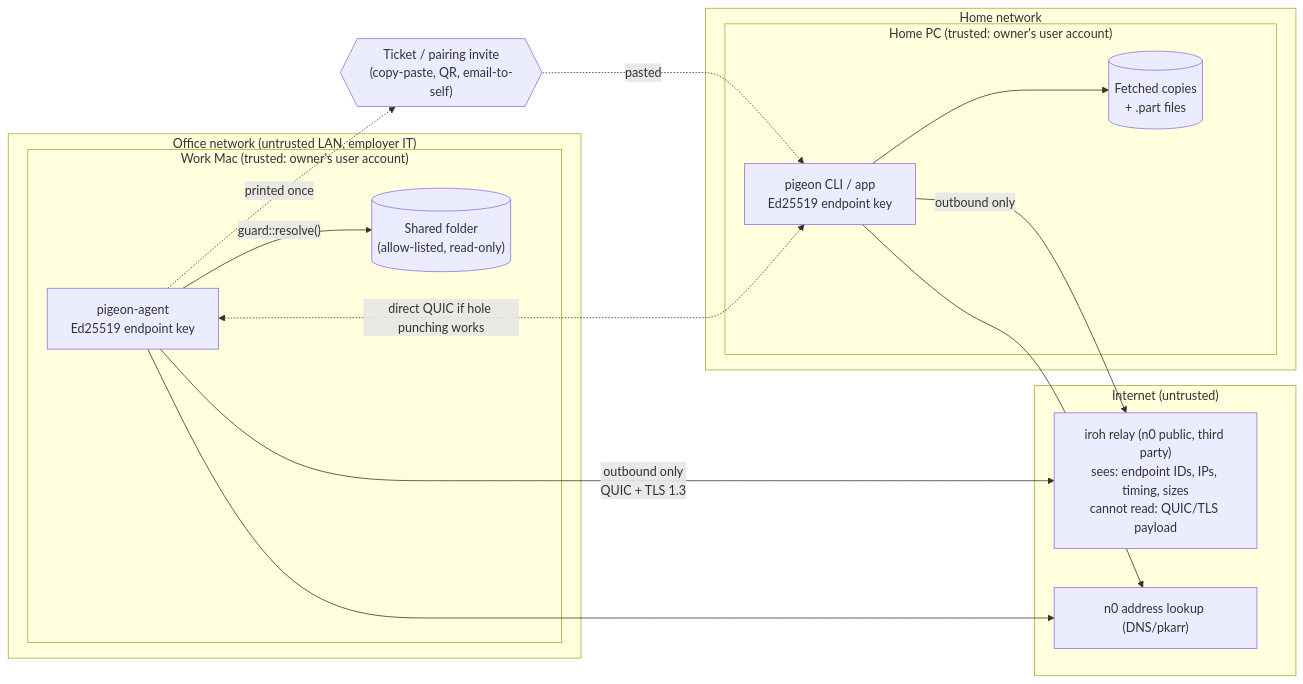
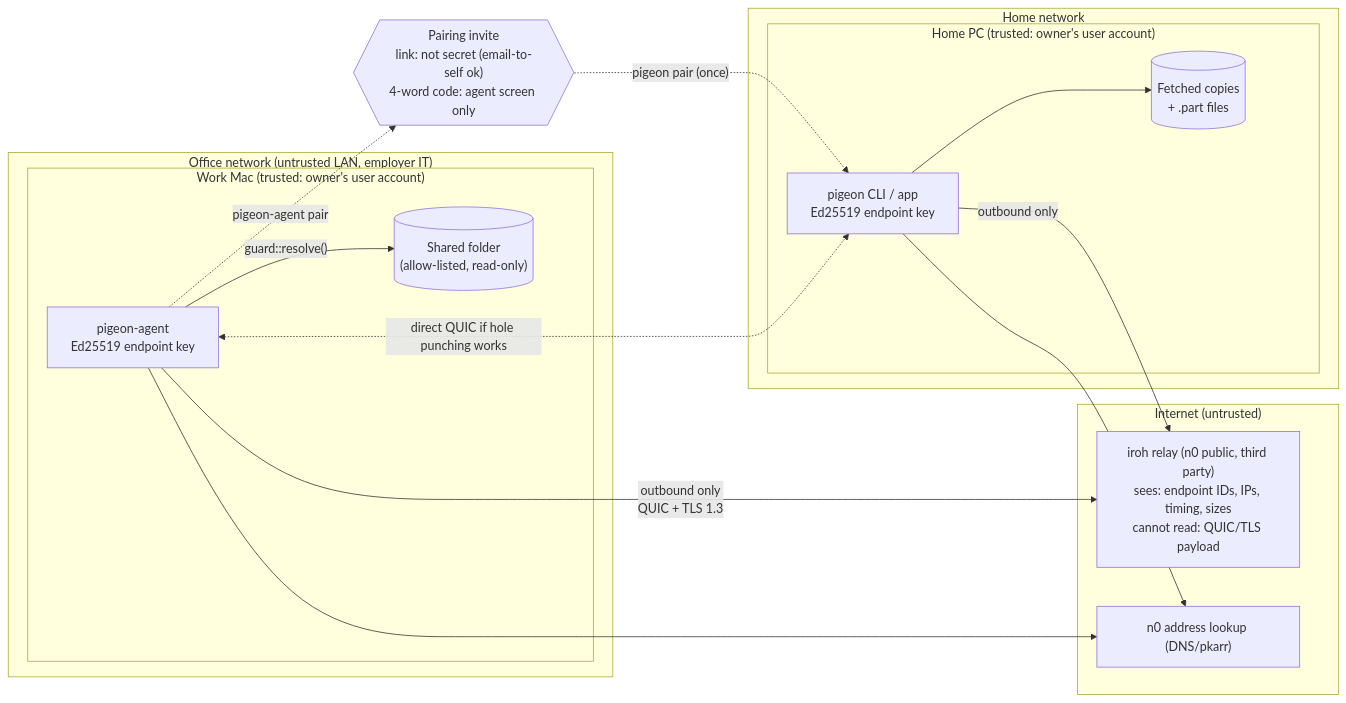
One commit to aliinprod/pigeon changed the diagram in docs/security/THREAT_MODEL.md. Above: the diagram before and after it, drawn with Mermaid. The commit also changed other lines of this file and 3 other files, not shown here.

````diff
--- a/docs/security/THREAT_MODEL.md
+++ b/docs/security/THREAT_MODEL.md
@@ -15,28 +17,28 @@
 ```mermaid
 flowchart LR
   subgraph Office["Office network (untrusted LAN, employer IT)"]
     subgraph Mac["Work Mac (trusted: owner's user account)"]
       Share[("Shared folder<br/>(allow-listed, read-only)")]
       Agent["pigeon-agent<br/>Ed25519 endpoint key"]
       Agent -- "guard::resolve()" --> Share
     end
   end
   subgraph Internet["Internet (untrusted)"]
     Relay["iroh relay (n0 public, third party)<br/>sees: endpoint IDs, IPs, timing, sizes<br/>cannot read: QUIC/TLS payload"]
     Disc["n0 address lookup (DNS/pkarr)"]
   end
   subgraph Home["Home network"]
     subgraph PC["Home PC (trusted: owner's user account)"]
       CLI["pigeon CLI / app<br/>Ed25519 endpoint key"]
       Copy[("Fetched copies<br/>+ .part files")]
       CLI --> Copy
     end
   end
   Agent -- "outbound only<br/>QUIC + TLS 1.3" --> Relay
   CLI -- "outbound only" --> Relay
   Agent <-. "direct QUIC if hole punching works" .-> CLI
   Agent --> Disc
   CLI --> Disc
-  Ticket{{"Ticket / pairing invite<br/>(copy-paste, QR, email-to-self)"}}
-  Agent -. "printed once" .-> Ticket -. "pasted" .-> CLI
+  Invite{{"Pairing invite<br/>link: not secret (email-to-self ok)<br/>4-word code: agent screen only"}}
+  Agent -. "pigeon-agent pair" .-> Invite -. "pigeon pair (once)" .-> CLI
 ```
````
